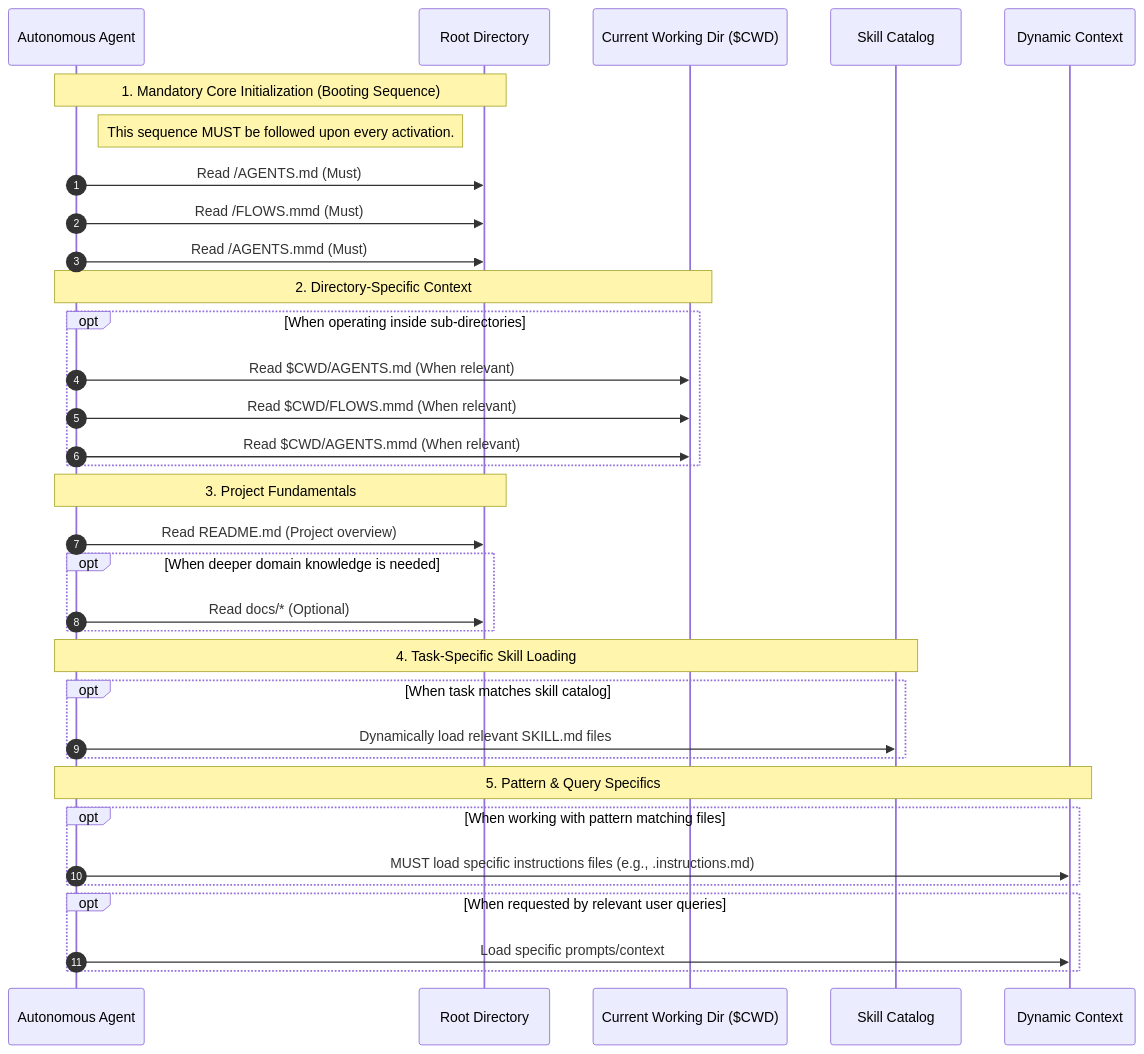
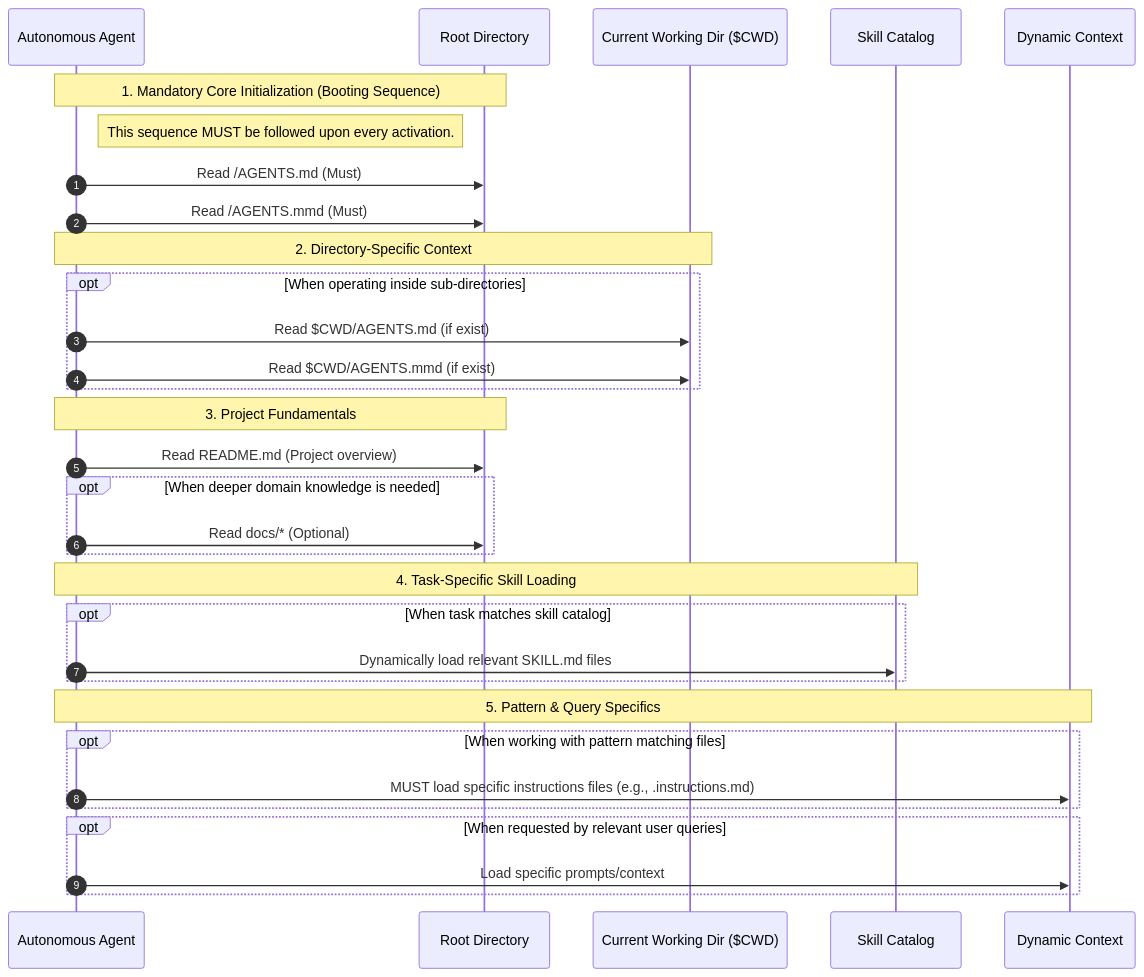
One commit to Cogni-AI-OU/cogni-ai-agents changed the diagram in AGENTS.mmd. Above: the diagram before and after it, drawn with Mermaid. The commit also changed 10 other files, not shown here.

```diff
--- a/AGENTS.mmd
+++ b/AGENTS.mmd
@@ -1,41 +1,39 @@
 sequenceDiagram
     autonumber
     participant Agent as Autonomous Agent
     participant Root as Root Directory
     participant CWD as Current Working Dir ($CWD)
     participant Skills as Skill Catalog
     participant Context as Dynamic Context
 
     Note over Agent,Root: 1. Mandatory Core Initialization (Booting Sequence)
     Note right of Agent: This sequence MUST be followed upon every activation.
     Agent->>Root: Read /AGENTS.md (Must)
-    Agent->>Root: Read /FLOWS.mmd (Must)
     Agent->>Root: Read /AGENTS.mmd (Must)
-    
+
     Note over Agent,CWD: 2. Directory-Specific Context
     opt When operating inside sub-directories
-        Agent->>CWD: Read $CWD/AGENTS.md (When relevant)
-        Agent->>CWD: Read $CWD/FLOWS.mmd (When relevant)
-        Agent->>CWD: Read $CWD/AGENTS.mmd (When relevant)
+        Agent->>CWD: Read $CWD/AGENTS.md (if exist)
+        Agent->>CWD: Read $CWD/AGENTS.mmd (if exist)
     end
-    
+
     Note over Agent,Root: 3. Project Fundamentals
     Agent->>Root: Read README.md (Project overview)
-    
+
     opt When deeper domain knowledge is needed
         Agent->>Root: Read docs/* (Optional)
     end
-    
+
     Note over Agent,Skills: 4. Task-Specific Skill Loading
     opt When task matches skill catalog
         Agent->>Skills: Dynamically load relevant SKILL.md files
     end
-    
+
     Note over Agent,Context: 5. Pattern & Query Specifics
     opt When working with pattern matching files
         Agent->>Context: MUST load specific instructions files (e.g., .instructions.md)
     end
-    
+
     opt When requested by relevant user queries
         Agent->>Context: Load specific prompts/context
     end
```
